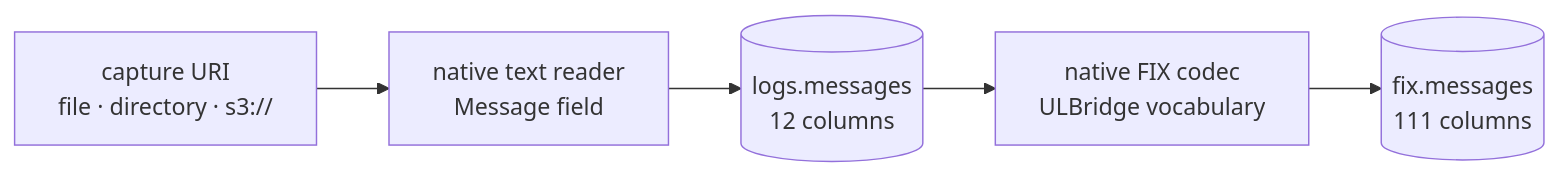
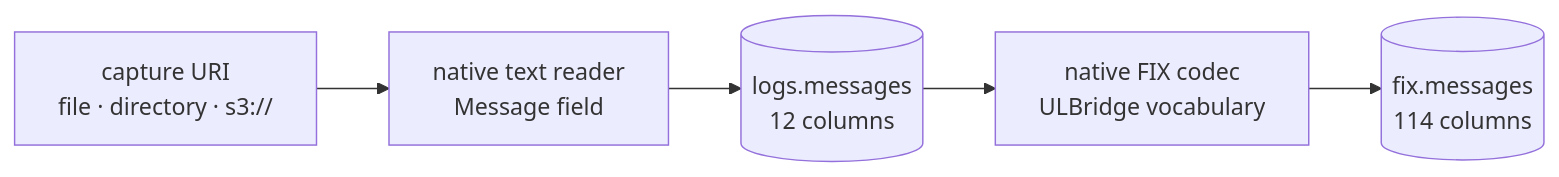
One commit to Platob/yggfin changed the diagram in docs/index.md. Above: the diagram before and after it, drawn with Mermaid. The commit also changed other lines of this file and 1762 other files, not shown here.

````diff
--- a/docs/index.md
+++ b/docs/index.md
@@ -38,7 +40,7 @@
 ```mermaid
 flowchart LR
     S["capture URI<br/>file · directory · s3://"] --> T["native text reader<br/>Message field"]
     T --> M[("logs.messages<br/>12 columns")]
     M --> F["native FIX codec<br/>ULBridge vocabulary"]
-    F --> O[("fix.messages<br/>111 columns")]
+    F --> O[("fix.messages<br/>114 columns")]
 ```
````
